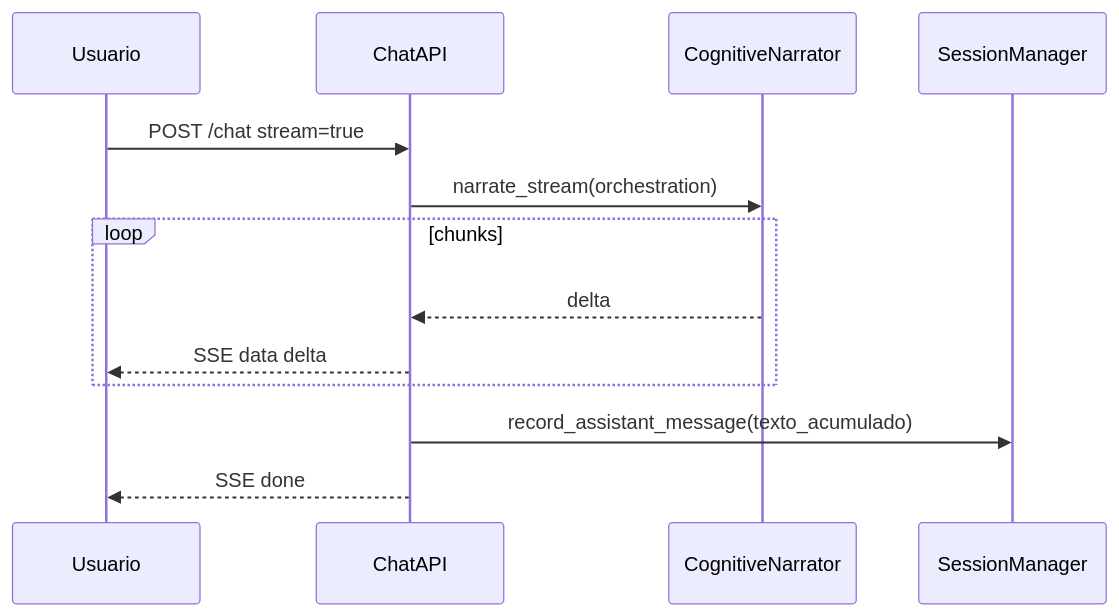
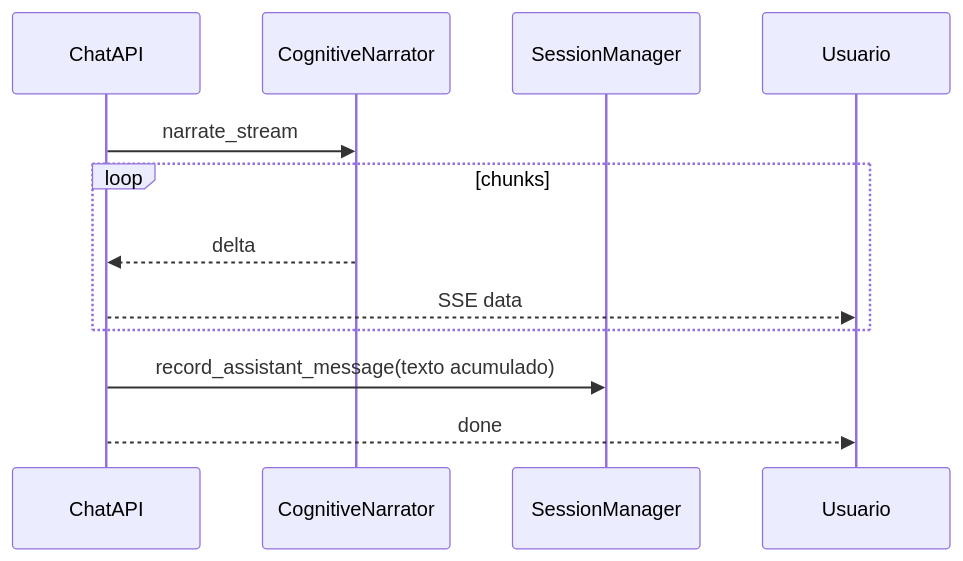
Before and after one commit to cristianosantana/jupter_notebook: the fifth of 12 diagrams in orion_mcp_v3/docs/architecture/ANALISE_ARQUITETURAL_SENIOR.md, drawn with Mermaid. The commit also changed other lines of this file and 3 other files, not shown here.

````diff
--- a/orion_mcp_v3/docs/architecture/ANALISE_ARQUITETURAL_SENIOR.md
+++ b/orion_mcp_v3/docs/architecture/ANALISE_ARQUITETURAL_SENIOR.md
@@ -529,16 +317,15 @@
 ```mermaid
 sequenceDiagram
-    participant U as Usuario
     participant API as ChatAPI
     participant NAR as CognitiveNarrator
     participant SM as SessionManager
+    participant U as Usuario
 
-    U->>API: POST /chat stream=true
-    API->>NAR: narrate_stream(orchestration)
+    API->>NAR: narrate_stream
     loop chunks
         NAR-->>API: delta
-        API-->>U: SSE data delta
+        API-->>U: SSE data
     end
-    API->>SM: record_assistant_message(texto_acumulado)
-    API-->>U: SSE done
+    API->>SM: record_assistant_message(texto acumulado)
+    API-->>U: done
 ```
````
